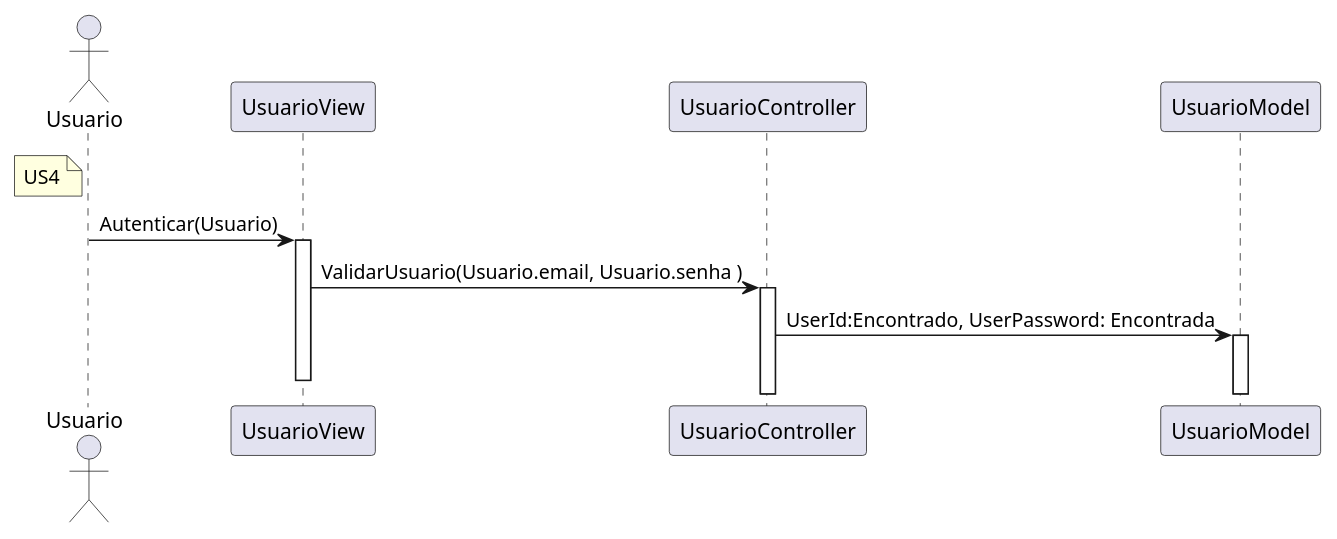
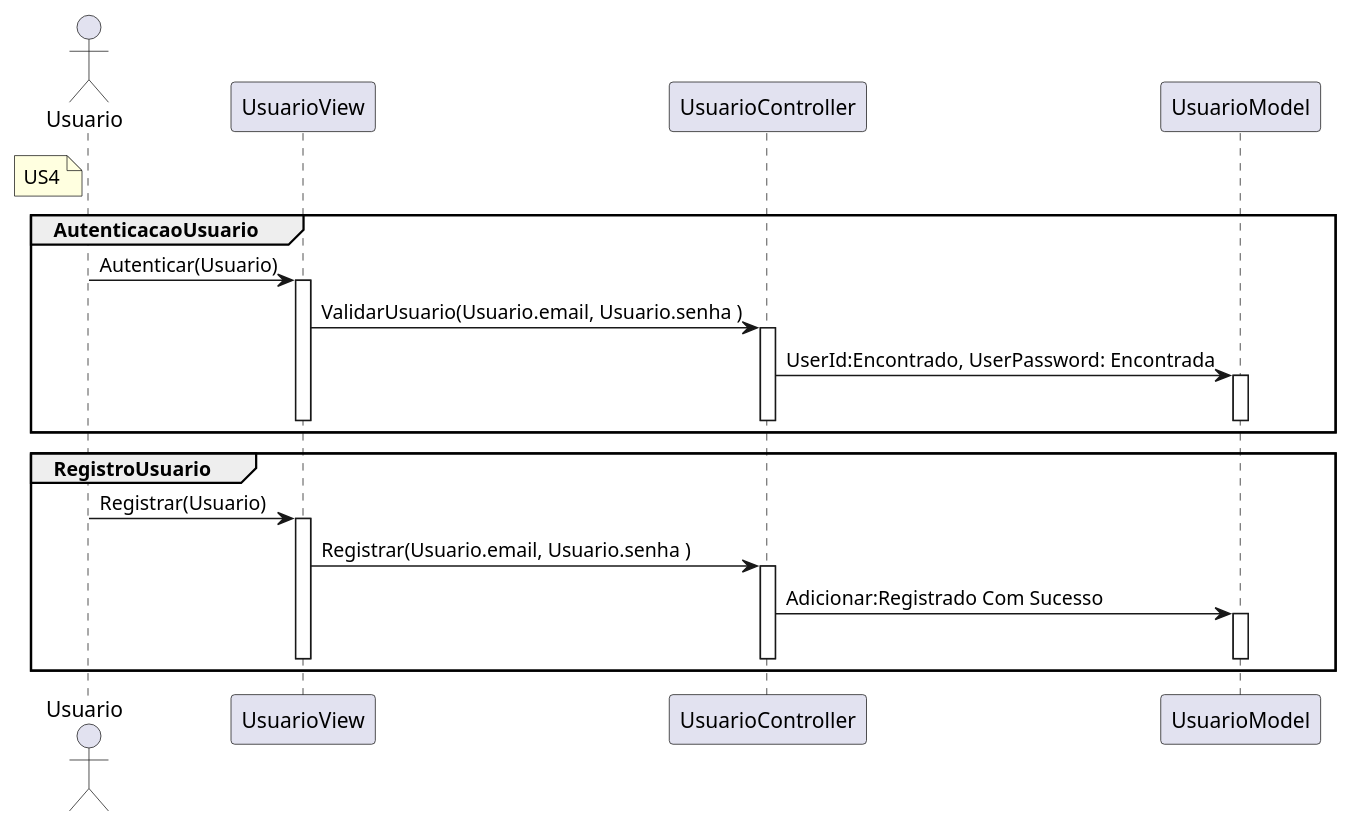
The diagram in laboratorio-3/sprint-3/projeto/plantuml/sequencia/Usuario.plantuml (G4BR-13-L/lab-desenvolvimento-de-software), drawn with PlantUML before and after one commit. The commit also changed 1 other file, not shown here.

Commit message:
Diagrama de sequancia de aluno iniciado

```diff
--- a/laboratorio-3/sprint-3/projeto/plantuml/sequencia/Usuario.plantuml
+++ b/laboratorio-3/sprint-3/projeto/plantuml/sequencia/Usuario.plantuml
@@ -1,40 +1,46 @@
 @startuml Usuario
 
 
 actor "Usuario" as Usuario
 note left of Usuario #LightYellow
 US4
 end note
 
 participant "UsuarioView" as UsuarioView
 participant "UsuarioController" as UsuarioController
 participant "UsuarioModel" as UsuarioModel
 
-
-Usuario ->  UsuarioView : Autenticar(Usuario)
-activate UsuarioView
-UsuarioView -> UsuarioController : ValidarUsuario(Usuario.email, Usuario.senha )
-activate UsuarioController
-UsuarioController -> UsuarioModel : UserId:Encontrado, UserPassword: Encontrada
-activate UsuarioModel
-deactivate UsuarioView
+group AutenticacaoUsuario
+    Usuario ->  UsuarioView : Autenticar(Usuario)
+    activate UsuarioView
+    UsuarioView -> UsuarioController : ValidarUsuario(Usuario.email, Usuario.senha )
+    activate UsuarioController
+    UsuarioController -> UsuarioModel : UserId:Encontrado, UserPassword: Encontrada
+    activate UsuarioModel
+    deactivate UsuarioModel
+    deactivate UsuarioController
+    deactivate UsuarioView
+end
 
 
-'activate Aluno
-'Aluno -> TransacoesAluno : Consultar transação
-'activate TransacoesAluno
-'TransacoesAluno -> ComponenteTransacao : Consultar transações do Aluno
-'activate ComponenteTransacao
-'ComponenteTransacao -> Database : Pegar dados de transações do Aluno
-'Database -->> ComponenteTransacao : Transações do aluno
-'ComponenteTransacao -->> TransacoesAluno
-'deactivate ComponenteTransacao
-'TransacoesAluno -->> Aluno
-'deactivate TransacoesAluno
+group RegistroUsuario
+    Usuario ->  UsuarioView : Registrar(Usuario)
+    activate UsuarioView
+    UsuarioView -> UsuarioController : Registrar(Usuario.email, Usuario.senha )
+    activate UsuarioController
+    UsuarioController -> UsuarioModel : Adicionar:Registrado Com Sucesso
+    activate UsuarioModel
+    deactivate UsuarioModel
+    deactivate UsuarioController
+    deactivate UsuarioView
+end
+
+
+
 
 ' --> Sincrono 
 ' -->> Assincrono
 ' <-- Retorno Sincrono
 ' <<-- Retorno Assíncrono
 
 @enduml
```
